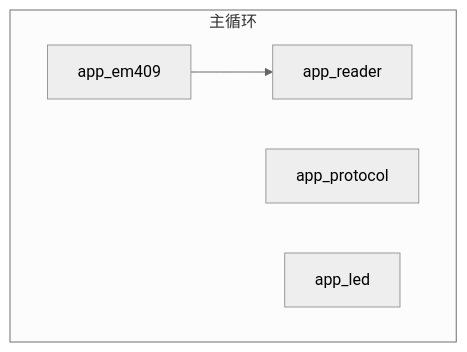
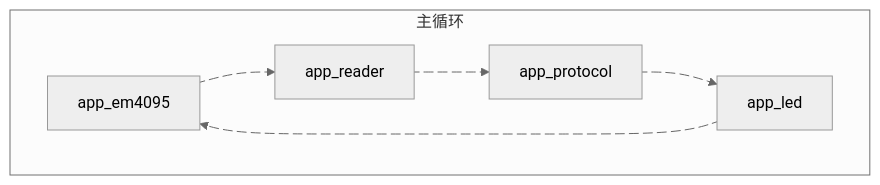
The second of 11 diagrams in 工作/SR3读卡器/260802SR3读卡器架构.md (Siaiai/ObsidianNote), drawn with Mermaid (neutral theme) before and after one commit. The commit also changed other lines of this file, not shown here.

Commit message:
[自动]笔记同步:2026-08-03 14:53:57 涉及文件个数:1
Affected files:
工作/SR3读卡器/260802SR3读卡器架构.md

````diff
--- a/工作/SR3读卡器/260802SR3读卡器架构.md
+++ b/工作/SR3读卡器/260802SR3读卡器架构.md
@@ -99,12 +99,19 @@
 ```mermaid
 flowchart TD
 	subgraph MAIN["主循环"]
 		direction LR
-		APP_EM4095["app_em409"]
+		APP_EM4095["app_em4095"]
 		APP_READER["app_reader"]
 		APP_PROTOCOL["app_protocol"]
 		APP_LED["app_led"]
-		APP_EM4095 --> APP_READER
+		APP_EM4095 e1@--> APP_READER
+		APP_READER e2@--> APP_PROTOCOL
+		APP_PROTOCOL e3@--> APP_LED
+		APP_LED e4@--> APP_EM4095
+		e1@{ animate: fast }
+		e2@{ animate: fast }
+		e3@{ animate: fast }
+		e4@{ animate: fast }
 	end
 	
 ```
````
